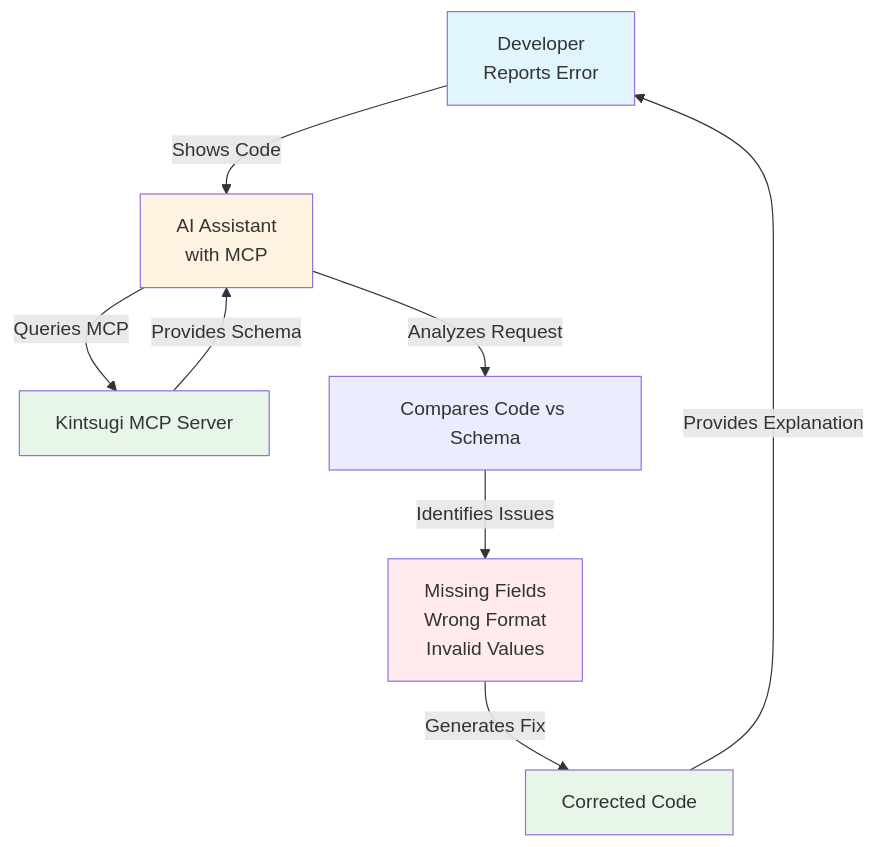
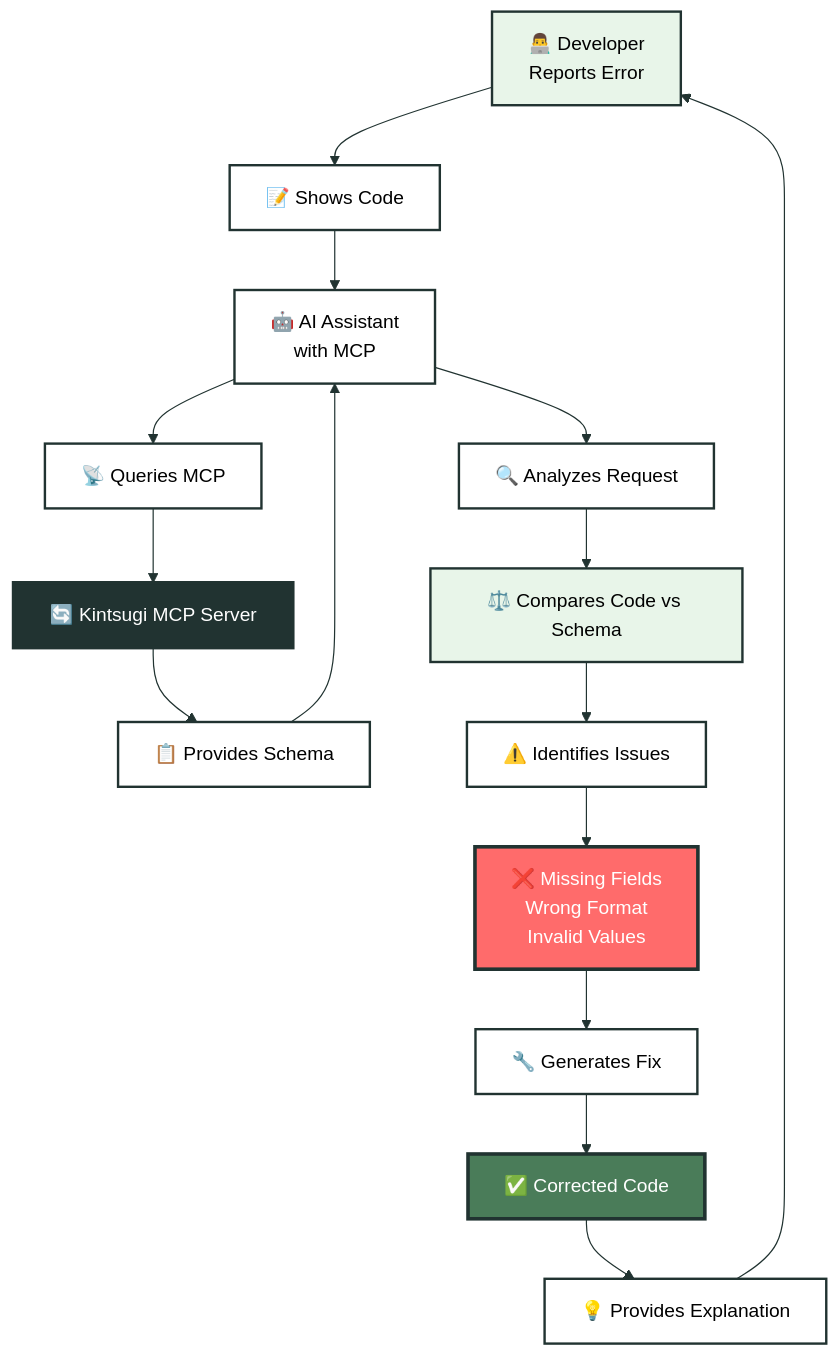
One commit to kintsugi-tax/docs-v2 changed the first of 2 diagrams in docs/mcp/use-cases.mdx. Above: the diagram before and after it, drawn with Mermaid. The commit also changed 6 other files, not shown here.

Commit message:
fix mermaid diagram appearance in dark mode

````diff
--- a/docs/mcp/use-cases.mdx
+++ b/docs/mcp/use-cases.mdx
@@ -164,16 +164,32 @@
 ```mermaid
+%%{init: {'theme':'base', 'themeVariables': {'primaryColor':'#FFFFFF','primaryTextColor':'#213331','primaryBorderColor':'#213331','lineColor':'#213331','secondaryColor':'#FFFFFF','tertiaryColor':'#213331','edgeLabelBackground':'transparent','edgeStrokeWidth':'2px','edgeStroke':'#213331','arrowheadColor':'#213331','clusterBkg':'transparent','clusterBorder':'#213331','defaultLinkColor':'#213331'}}}%%
 graph TB
-    Dev[Developer<br/>Reports Error] -->|Shows Code| AI[AI Assistant<br/>with MCP]
-    AI -->|Queries MCP| MCP[Kintsugi MCP Server]
-    MCP -->|Provides Schema| AI
-    AI -->|Analyzes Request| Analysis[Compares Code vs Schema]
-    Analysis -->|Identifies Issues| Issues[Missing Fields<br/>Wrong Format<br/>Invalid Values]
-    Issues -->|Generates Fix| FixedCode[Corrected Code]
-    FixedCode -->|Provides Explanation| Dev
+    Dev["👨‍💻 Developer<br/>Reports Error"] --> ShowCode["📝 Shows Code"]
+    ShowCode --> AI["🤖 AI Assistant<br/>with MCP"]
+    AI --> QueryMCP["📡 Queries MCP"]
+    QueryMCP --> MCP["🔄 Kintsugi MCP Server"]
+    MCP --> Schema["📋 Provides Schema"]
+    Schema --> AI
+    AI --> Analyze["🔍 Analyzes Request"]
+    Analyze --> Analysis["⚖️ Compares Code vs Schema"]
+    Analysis --> Identify["⚠️ Identifies Issues"]
+    Identify --> Issues["❌ Missing Fields<br/>Wrong Format<br/>Invalid Values"]
+    Issues --> GenerateFix["🔧 Generates Fix"]
+    GenerateFix --> FixedCode["✅ Corrected Code"]
+    FixedCode --> Explain["💡 Provides Explanation"]
+    Explain --> Dev
     
-    style Dev fill:#e1f5ff
-    style AI fill:#fff4e1
-    style MCP fill:#e8f5e9
-    style Issues fill:#ffebee
-    style FixedCode fill:#e8f5e9
+    style Dev fill:#e8f5e9,stroke:#213331,stroke-width:2px,color:#000000
+    style ShowCode fill:#FFFFFF,stroke:#213331,stroke-width:2px,color:#000000
+    style AI fill:#FFFFFF,stroke:#213331,stroke-width:2px,color:#000000
+    style QueryMCP fill:#FFFFFF,stroke:#213331,stroke-width:2px,color:#000000
+    style MCP fill:#213331,stroke:#213331,stroke-width:3px,color:#FFFFFF
+    style Schema fill:#FFFFFF,stroke:#213331,stroke-width:2px,color:#000000
+    style Analyze fill:#FFFFFF,stroke:#213331,stroke-width:2px,color:#000000
+    style Analysis fill:#e8f5e9,stroke:#213331,stroke-width:2px,color:#000000
+    style Identify fill:#FFFFFF,stroke:#213331,stroke-width:2px,color:#000000
+    style Issues fill:#ff6b6b,stroke:#213331,stroke-width:3px,color:#FFFFFF
+    style GenerateFix fill:#FFFFFF,stroke:#213331,stroke-width:2px,color:#000000
+    style FixedCode fill:#4a7c59,stroke:#213331,stroke-width:3px,color:#FFFFFF
+    style Explain fill:#FFFFFF,stroke:#213331,stroke-width:2px,color:#000000
 ```
````
